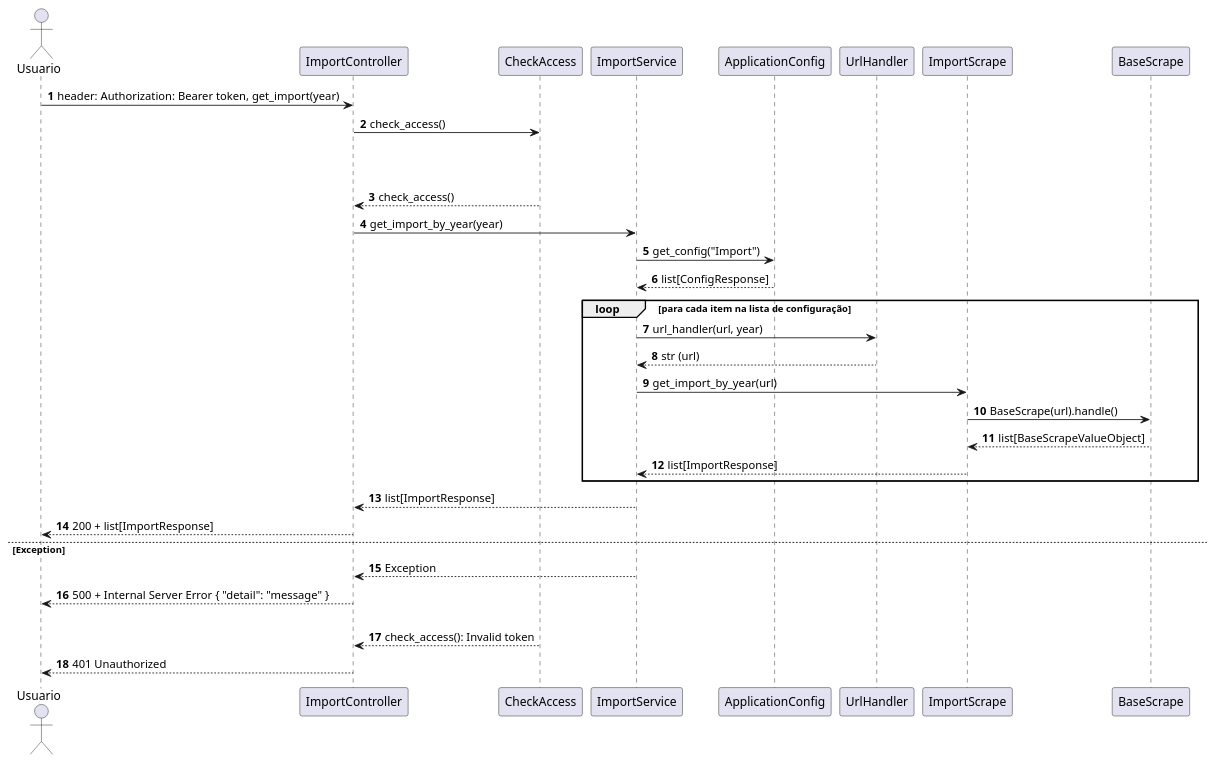
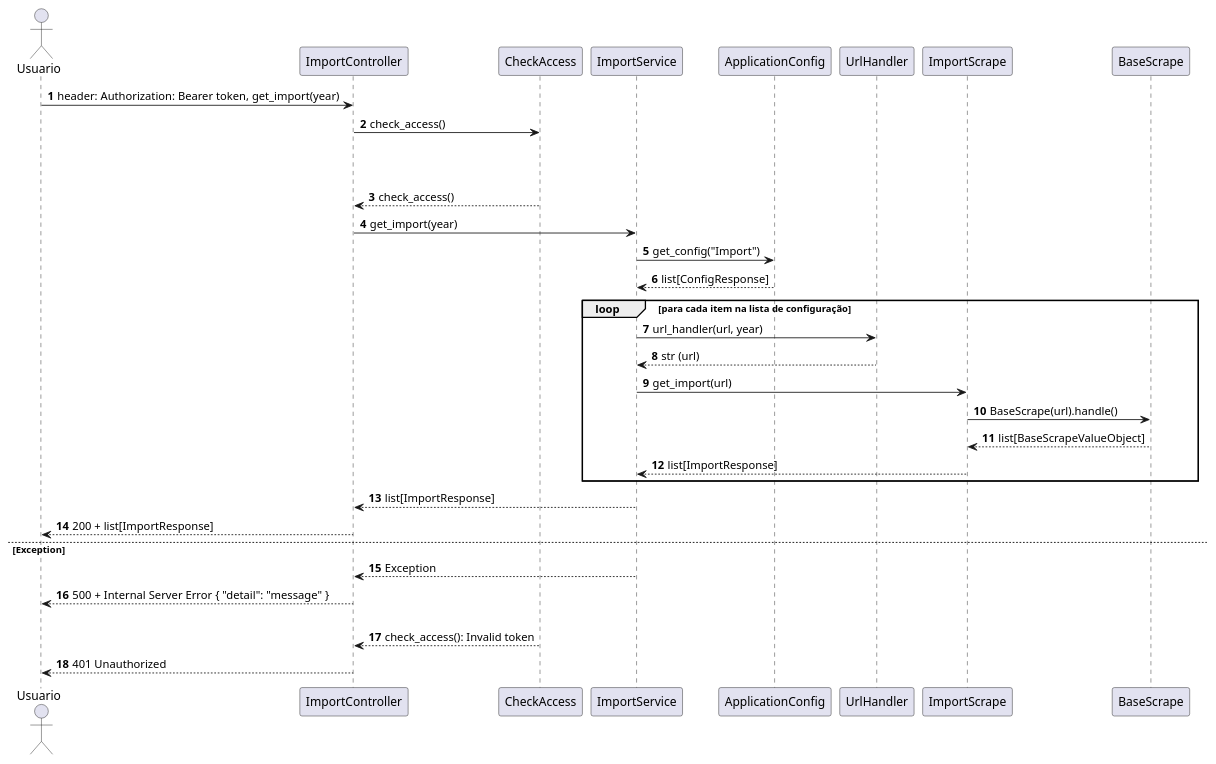
One commit to henriquecomp/vinicultura changed the eighth of 8 diagrams in README.md. Above: the diagram before and after it, drawn with PlantUML. The commit also changed other lines of this file and 25 other files, not shown here.

```diff
--- a/README.md
+++ b/README.md
@@ -314,39 +314,39 @@
 @startuml
 autonumber
 actor Usuario
 participant "ImportController" as Controller
 participant "CheckAccess" as CheckAccess
 participant "ImportService" as Application
 participant "ApplicationConfig" as Config
 participant "UrlHandler" as UrlHandler
 participant "ImportScrape" as Scrape
 participant "BaseScrape" as BaseScrape
 
 'Requisição autenticada
 Usuario -> Controller: header: Authorization: Bearer token, get_import(year) 
 Controller -> CheckAccess: check_access()
 
 alt Token Válido
     alt 
         CheckAccess --> Controller: check_access()
-        Controller -> Application: get_import_by_year(year)
+        Controller -> Application: get_import(year)
         Application -> Config: get_config("Import") 
         Config --> Application: list[ConfigResponse]
         loop para cada item na lista de configuração
             Application -> UrlHandler: url_handler(url, year)
             UrlHandler --> Application: str (url)
-            Application -> Scrape: get_import_by_year(url)
+            Application -> Scrape: get_import(url)
             Scrape -> BaseScrape: BaseScrape(url).handle()
             BaseScrape --> Scrape: list[BaseScrapeValueObject]
             Scrape --> Application: list[ImportResponse]
         end
         Application --> Controller: list[ImportResponse]
         Controller --> Usuario: 200 + list[ImportResponse]
     else Exception
         Application --> Controller: Exception
         Controller --> Usuario: 500 + Internal Server Error { "detail": "message" }
 else Token Inválido
     CheckAccess --> Controller: check_access(): Invalid token
     Controller --> Usuario: 401 Unauthorized
 
 @enduml
```
